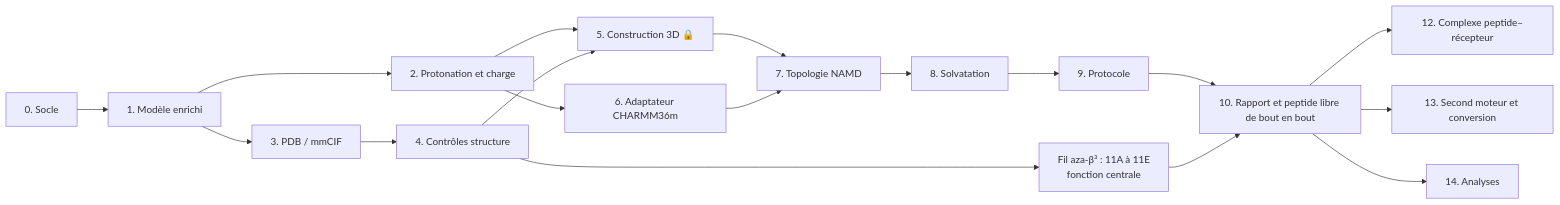
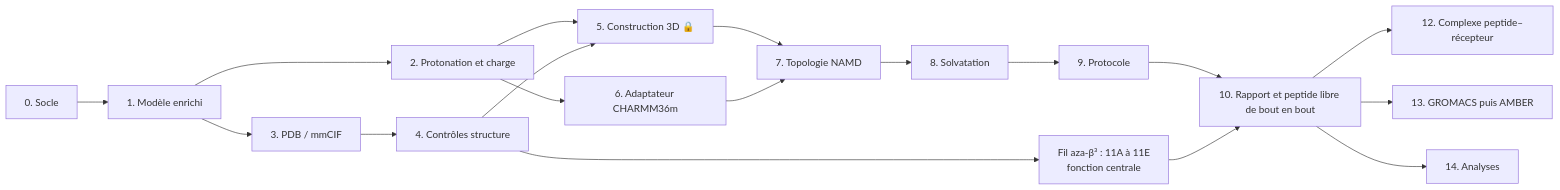
The diagram in docs/PLAN-CONSTRUCTION.md (Hfiras7/Pepforge), drawn with Mermaid before and after one commit. The commit also changed other lines of this file and 2 other files, not shown here.

````diff
--- a/docs/PLAN-CONSTRUCTION.md
+++ b/docs/PLAN-CONSTRUCTION.md
@@ -20,18 +20,18 @@
 ```mermaid
 flowchart LR
     E0[0. Socle] --> E1[1. Modèle enrichi]
     E1 --> E2[2. Protonation et charge]
     E1 --> E3[3. PDB / mmCIF]
     E3 --> E4[4. Contrôles structure]
     E2 & E4 --> E5["5. Construction 3D 🔒"]
     E2 --> E6[6. Adaptateur CHARMM36m]
     E5 & E6 --> E7["7. Topologie NAMD"]
     E7 --> E8[8. Solvatation]
     E8 --> E9[9. Protocole]
     E9 --> E10[10. Rapport et peptide libre de bout en bout]
     E4 --> E11["Fil aza-β³ : 11A à 11E<br/>fonction centrale"]
     E11 --> E10
     E10 --> E12[12. Complexe peptide–récepteur]
-    E10 --> E13[13. Second moteur et conversion]
+    E10 --> E13[13. GROMACS puis AMBER]
     E10 --> E14[14. Analyses]
 ```
````
